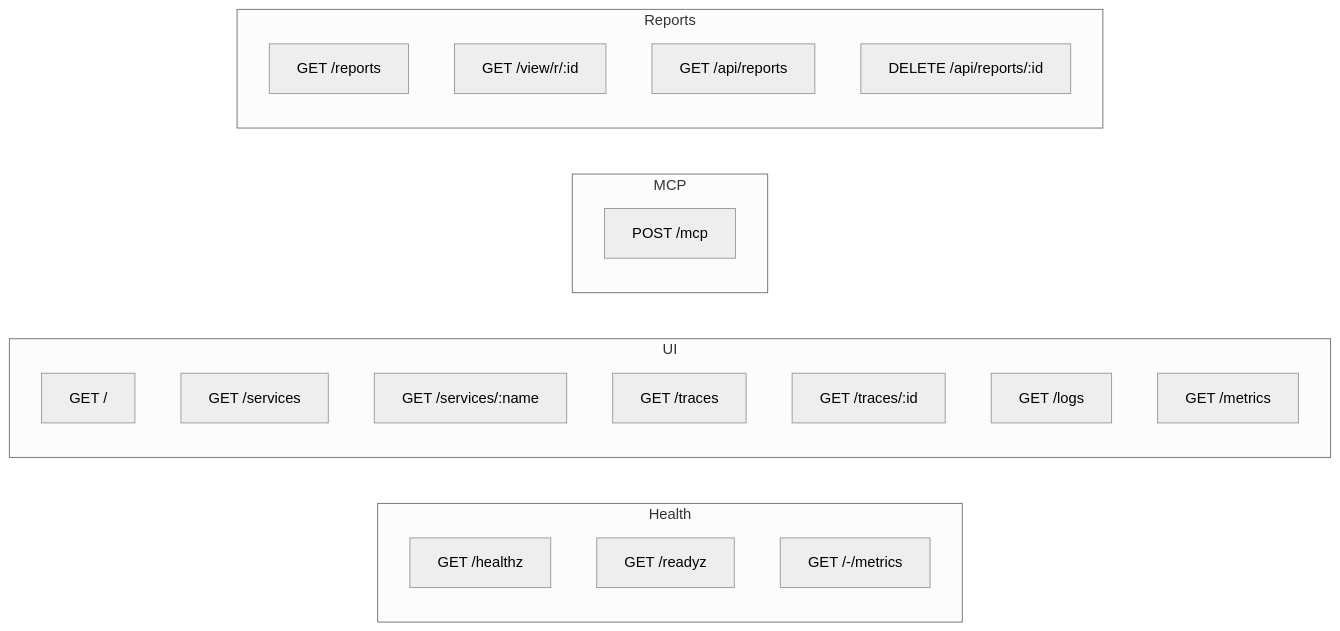
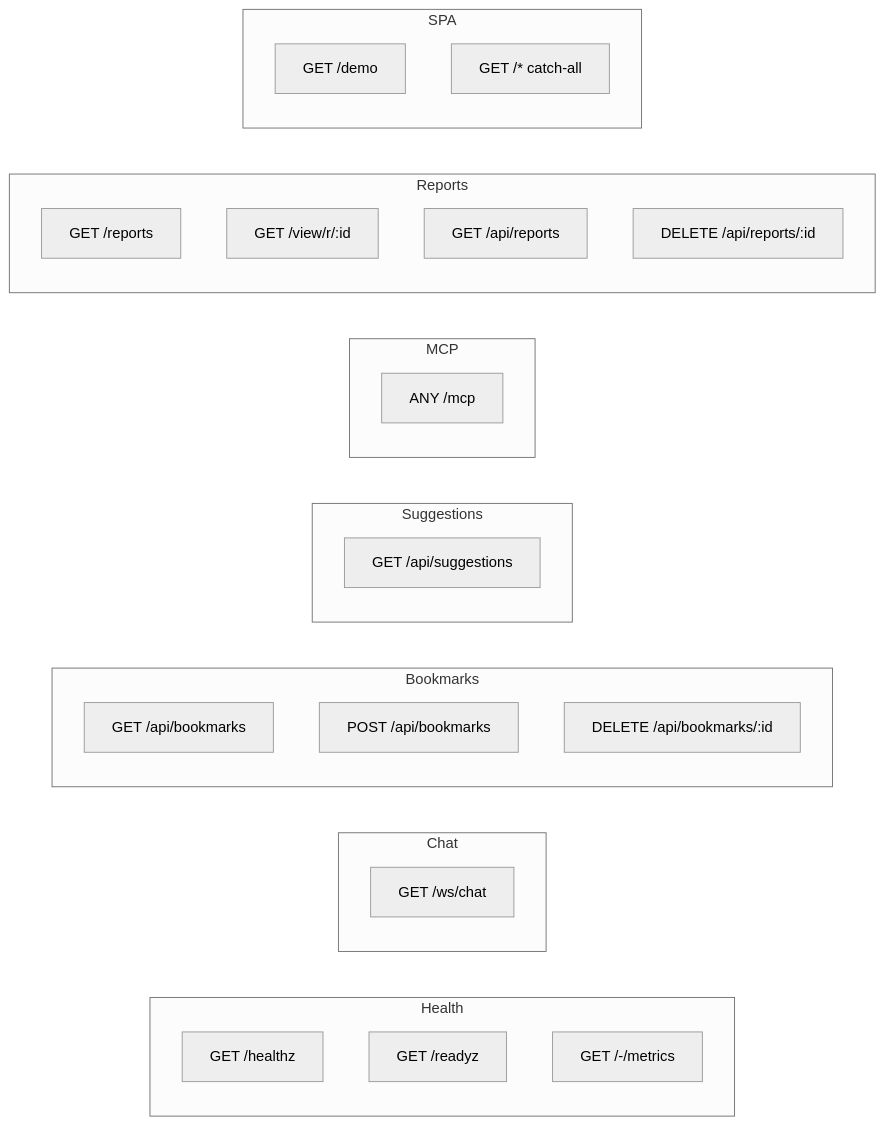
The fourth of 6 diagrams in CLAUDE.md (labstack/fanout), drawn with Mermaid (neutral theme) before and after one commit. The commit also changed other lines of this file and 3 other files, not shown here.

````diff
--- a/CLAUDE.md
+++ b/CLAUDE.md
@@ -194,29 +193,38 @@
 ```mermaid
 graph LR
     subgraph Health
         H1[GET /healthz]
         H2[GET /readyz]
         H3[GET /-/metrics]
     end
 
-    subgraph UI
-        U1[GET /]
-        U2[GET /services]
-        U3[GET /services/:name]
-        U4[GET /traces]
-        U5[GET /traces/:id]
-        U6[GET /logs]
-        U7[GET /metrics]
+    subgraph Chat
+        C1[GET /ws/chat]
+    end
+
+    subgraph Bookmarks
+        B1[GET /api/bookmarks]
+        B2[POST /api/bookmarks]
+        B3[DELETE /api/bookmarks/:id]
+    end
+
+    subgraph Suggestions
+        S1[GET /api/suggestions]
     end
 
     subgraph MCP
-        M1[POST /mcp]
+        M1[ANY /mcp]
     end
 
     subgraph Reports
         R1[GET /reports]
         R2[GET /view/r/:id]
         R3[GET /api/reports]
         R4[DELETE /api/reports/:id]
     end
+
+    subgraph SPA
+        D1[GET /demo]
+        SP[GET /* catch-all]
+    end
 ```
````
